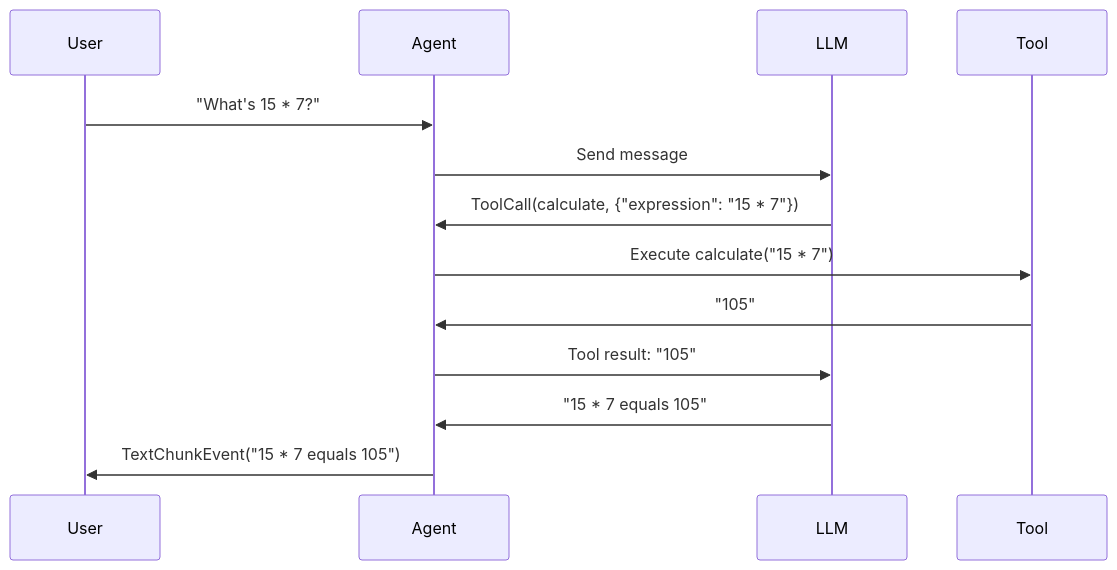
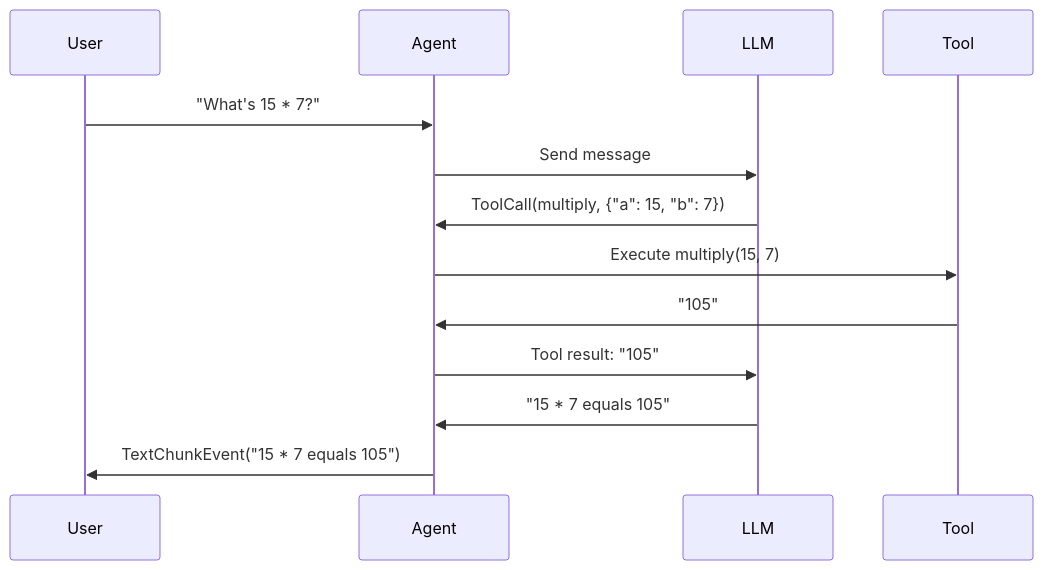
Before and after one commit to abi-jey/nagents: the diagram in docs/guide/tools.md, drawn with Mermaid. The commit also changed other lines of this file and 17 other files, not shown here.

````diff
--- a/docs/guide/tools.md
+++ b/docs/guide/tools.md
@@ -56,16 +57,16 @@
 ```mermaid
 sequenceDiagram
     participant User
     participant Agent
     participant LLM
     participant Tool
 
     User->>Agent: "What's 15 * 7?"
     Agent->>LLM: Send message
-    LLM->>Agent: ToolCall(calculate, {"expression": "15 * 7"})
-    Agent->>Tool: Execute calculate("15 * 7")
+    LLM->>Agent: ToolCall(multiply, {"a": 15, "b": 7})
+    Agent->>Tool: Execute multiply(15, 7)
     Tool->>Agent: "105"
     Agent->>LLM: Tool result: "105"
     LLM->>Agent: "15 * 7 equals 105"
     Agent->>User: TextChunkEvent("15 * 7 equals 105")
 ```
````
